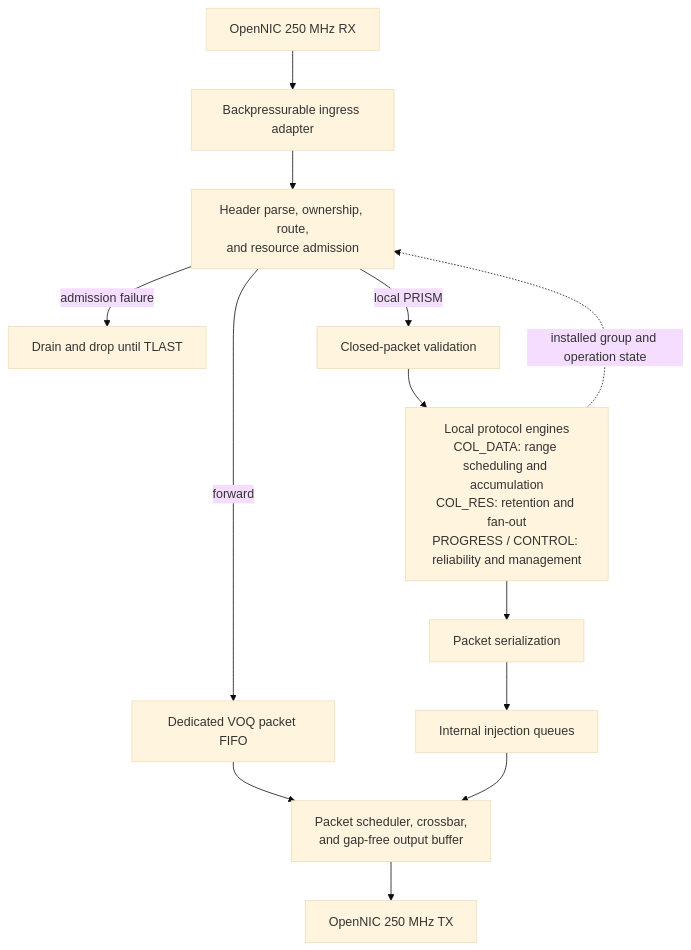
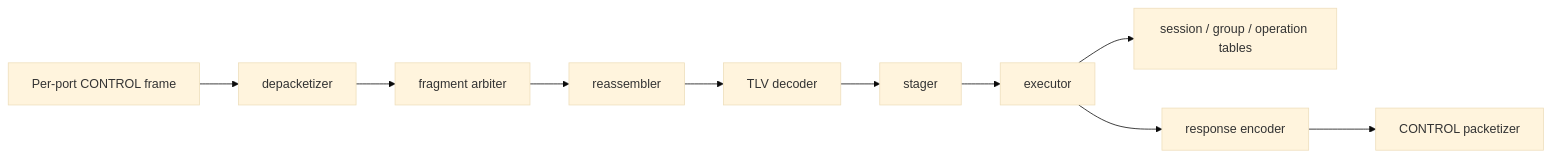
Before and after one commit to uniquadev/prism: the first of 2 diagrams in docs/chapters/3-architecture/2.pipeline.md, drawn with Mermaid (base theme). The commit also changed other lines of this file and 227 other files, not shown here.

````diff
--- a/docs/chapters/3-architecture/2.pipeline.md
+++ b/docs/chapters/3-architecture/2.pipeline.md
@@ -92,18 +36,12 @@
 ```mermaid
-flowchart TB
-    RX["OpenNIC 250 MHz RX"] --> IB["Backpressurable ingress adapter"]
-    IB --> HC["Header parse, ownership, route,<br/>and resource admission"]
-    HC -->|admission failure| DR["Drain and drop until TLAST"]
-
-    HC -->|forward| FP["Dedicated VOQ packet FIFO"]
-    FP --> SW["Packet scheduler, crossbar,<br/>and gap-free output buffer"]
-
-    HC -->|local PRISM| PV["Closed-packet validation"]
-    PV --> LE["Local protocol engines<br/>COL_DATA: range scheduling and accumulation<br/>COL_RES: retention and fan-out<br/>PROGRESS / CONTROL: reliability and management"]
-    LE --> SER["Packet serialization"]
-    SER --> IQ["Internal injection queues"]
-    IQ --> SW
-
-    LE -. installed group and operation state .-> HC
-    SW --> TX["OpenNIC 250 MHz TX"]
+flowchart LR
+  C0["Per-port CONTROL frame"] --> CD["depacketizer"]
+  CD --> FA["fragment arbiter"]
+  FA --> RA["reassembler"]
+  RA --> TD["TLV decoder"]
+  TD --> ST["stager"]
+  ST --> EX["executor"]
+  EX --> TB["session / group / operation tables"]
+  EX --> RE["response encoder"]
+  RE --> CP["CONTROL packetizer"]
 ```
````
